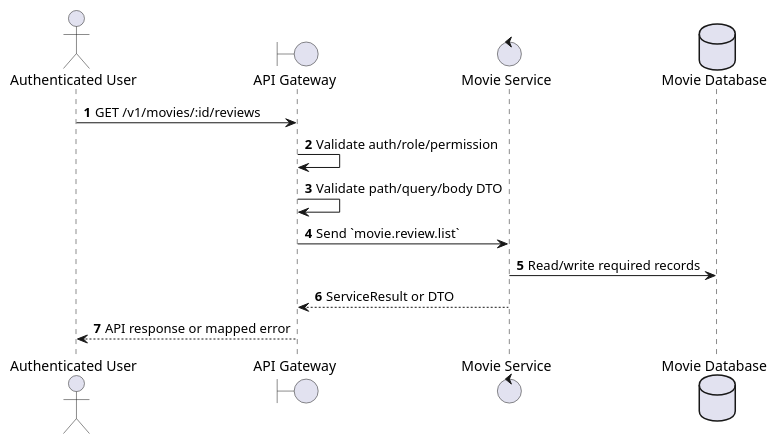
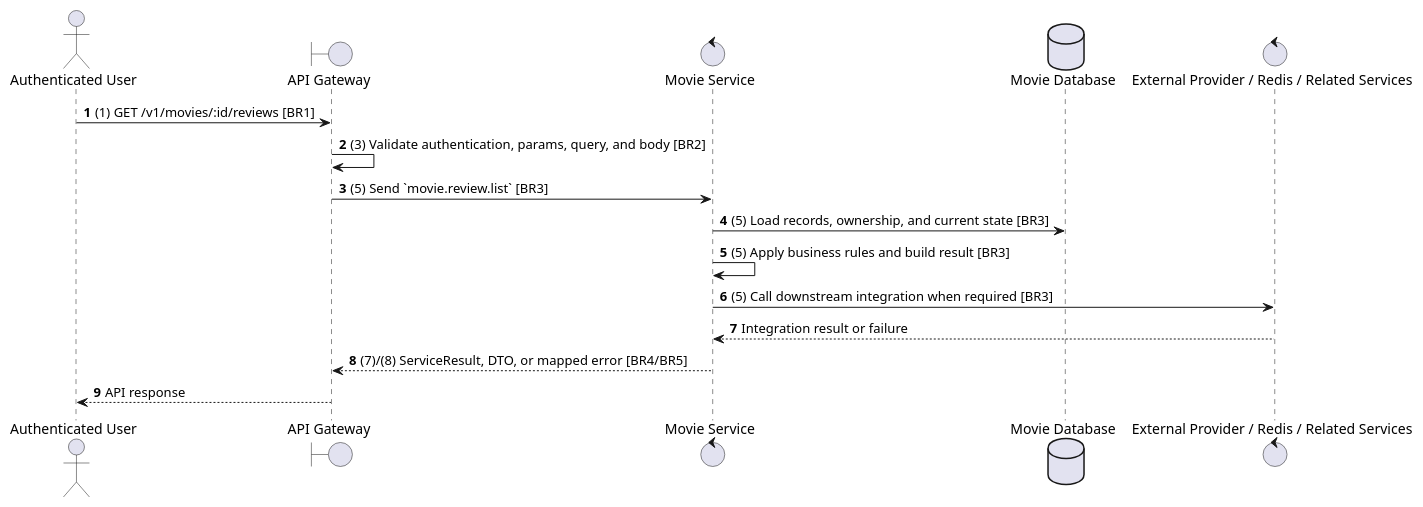
The second of 2 diagrams in docs/functional_specs/3.3.4_Movie_Reviews/RV-02_Get_Movie_Reviews.md (Tanh1603/movie-hub-architecture), drawn with PlantUML before and after one commit. The commit also changed other lines of this file and 129 other files, not shown here.

````diff
--- a/docs/functional_specs/3.3.4_Movie_Reviews/RV-02_Get_Movie_Reviews.md
+++ b/docs/functional_specs/3.3.4_Movie_Reviews/RV-02_Get_Movie_Reviews.md
@@ -17,17 +64,20 @@
 ```plantuml
 @startuml
 autonumber
 actor "Authenticated User" as Actor
 boundary "API Gateway" as GW
 control "Movie Service" as SVC
 database "Movie Database" as DB
+control "External Provider / Redis / Related Services" as EXT
 
-Actor -> GW: GET /v1/movies/:id/reviews
-GW -> GW: Validate auth/role/permission
-GW -> GW: Validate path/query/body DTO
-GW -> SVC: Send `movie.review.list`
-SVC -> DB: Read/write required records
-SVC --> GW: ServiceResult or DTO
-GW --> Actor: API response or mapped error
+Actor -> GW: (1) GET /v1/movies/:id/reviews [BR1]
+GW -> GW: (3) Validate authentication, params, query, and body [BR2]
+GW -> SVC: (5) Send `movie.review.list` [BR3]
+SVC -> DB: (5) Load records, ownership, and current state [BR3]
+SVC -> SVC: (5) Apply business rules and build result [BR3]
+SVC -> EXT: (5) Call downstream integration when required [BR3]
+EXT --> SVC: Integration result or failure
+SVC --> GW: (7)/(8) ServiceResult, DTO, or mapped error [BR4/BR5]
+GW --> Actor: API response
 @enduml
 ```
````
